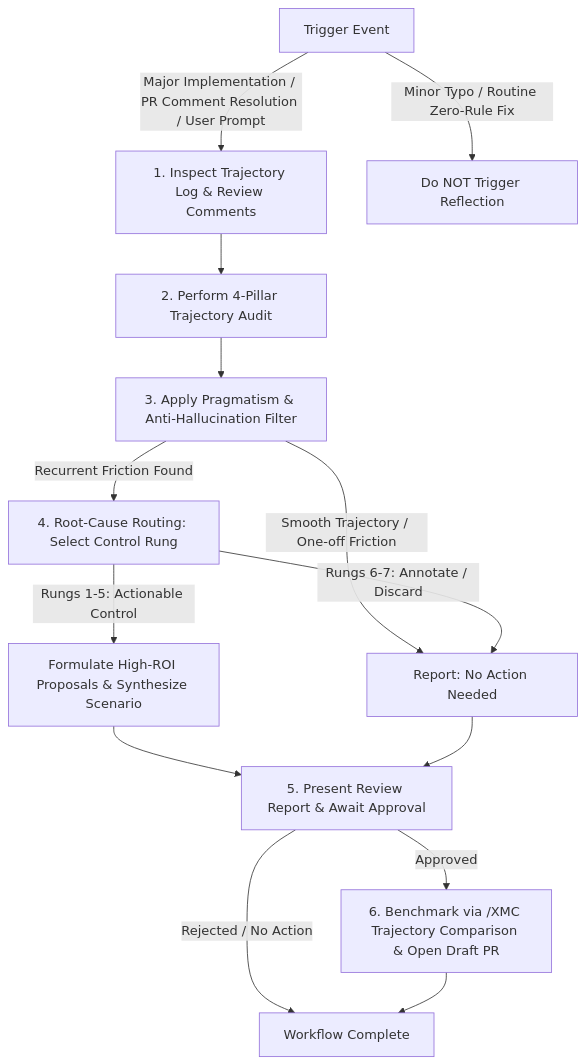
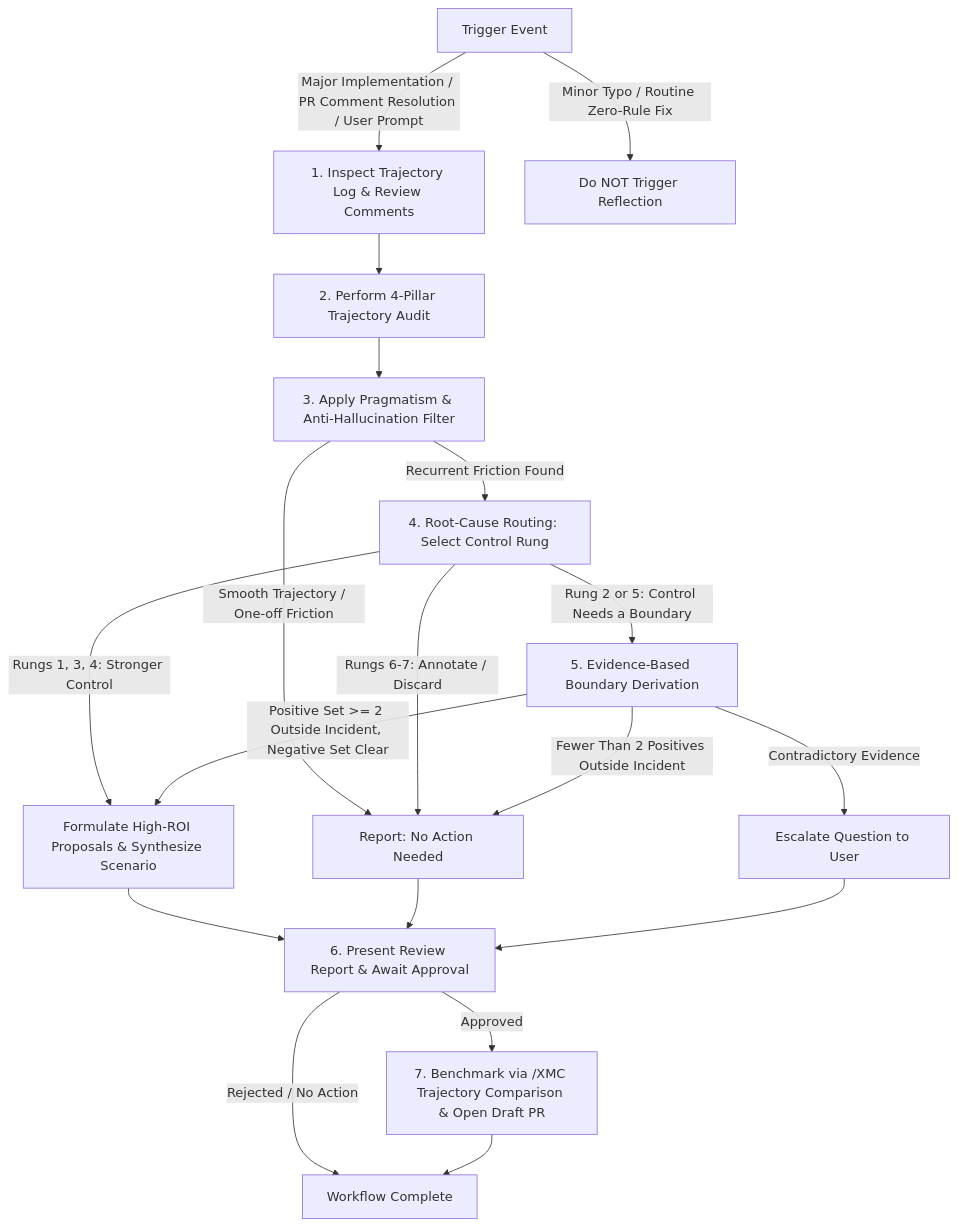
Before and after one commit to google/xmc: the diagram in .agents/skills/xmc_iterative_reflection/SKILL.md, drawn with Mermaid. The commit also changed other lines of this file and 2 other files, not shown here.

First line of the commit message:
docs(rules): derive rule scope from enumerated codebase evidence (#964)

````diff
--- a/.agents/skills/xmc_iterative_reflection/SKILL.md
+++ b/.agents/skills/xmc_iterative_reflection/SKILL.md
@@ -10,15 +10,19 @@
 ```mermaid
 graph TD
     A[Trigger Event] -->|Major Implementation / PR Comment Resolution / User Prompt| B[1. Inspect Trajectory Log & Review Comments]
     A -->|Minor Typo / Routine Zero-Rule Fix| Stop[Do NOT Trigger Reflection]
     B --> C[2. Perform 4-Pillar Trajectory Audit]
     C --> D[3. Apply Pragmatism & Anti-Hallucination Filter]
     D -->|Smooth Trajectory / One-off Friction| F[Report: No Action Needed]
     D -->|Recurrent Friction Found| R[4. Root-Cause Routing: Select Control Rung]
-    R -->|Rungs 1-5: Actionable Control| E[Formulate High-ROI Proposals & Synthesize Scenario]
+    R -->|Rungs 1, 3, 4: Stronger Control| E[Formulate High-ROI Proposals & Synthesize Scenario]
+    R -->|Rung 2 or 5: Control Needs a Boundary| V[5. Evidence-Based Boundary Derivation]
     R -->|Rungs 6-7: Annotate / Discard| F
-    E & F --> G[5. Present Review Report & Await Approval]
-    G -->|Approved| H[6. Benchmark via /XMC Trajectory Comparison & Open Draft PR]
+    V -->|Positive Set >= 2 Outside Incident, Negative Set Clear| E
+    V -->|Fewer Than 2 Positives Outside Incident| F
+    V -->|Contradictory Evidence| Esc[Escalate Question to User]
+    E & F & Esc --> G[6. Present Review Report & Await Approval]
+    G -->|Approved| H[7. Benchmark via /XMC Trajectory Comparison & Open Draft PR]
     G -->|Rejected / No Action| End[Workflow Complete]
     H --> End
 ```
````
